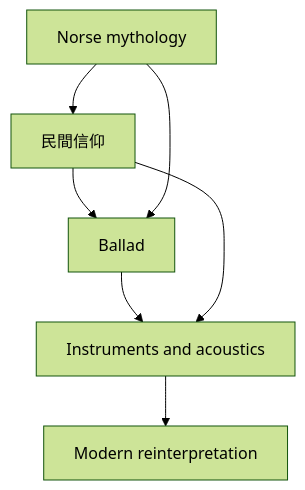
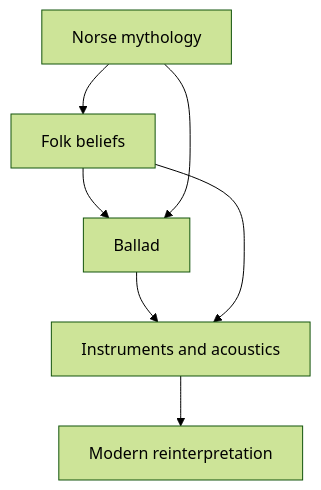
The first of 2 diagrams in en/_posts/2026-01-31-column-nordic-folk.md (monumental-movement/monumental-movement.github.io), drawn with Mermaid (forest theme) before and after one commit. The commit also changed other lines of this file and 851 other files, not shown here.

```diff
--- a/en/_posts/2026-01-31-column-nordic-folk.md
+++ b/en/_posts/2026-01-31-column-nordic-folk.md
@@ -127,9 +128,9 @@
 <div class="mermaid">
 graph TD
-A["Norse mythology"] --> B["民間信仰"]
+A["Norse mythology"] --> B["Folk beliefs"]
 B --> C["Ballad"]
 C --> D["Instruments and acoustics"]
 D --> E["Modern reinterpretation"]
 A --> C
 B --> D
 </div>
```
